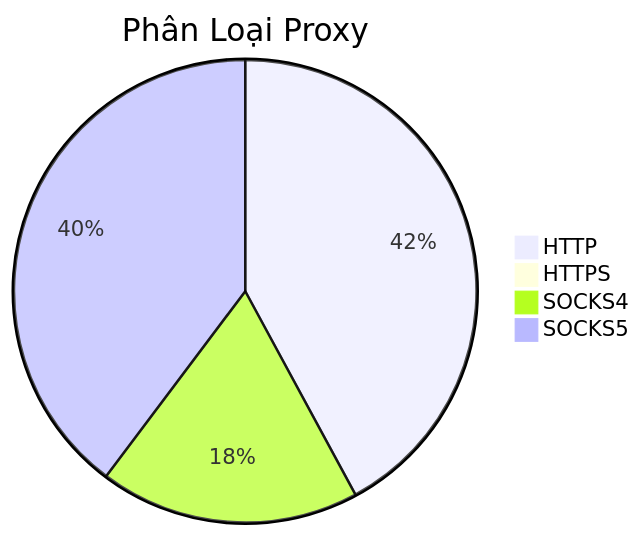
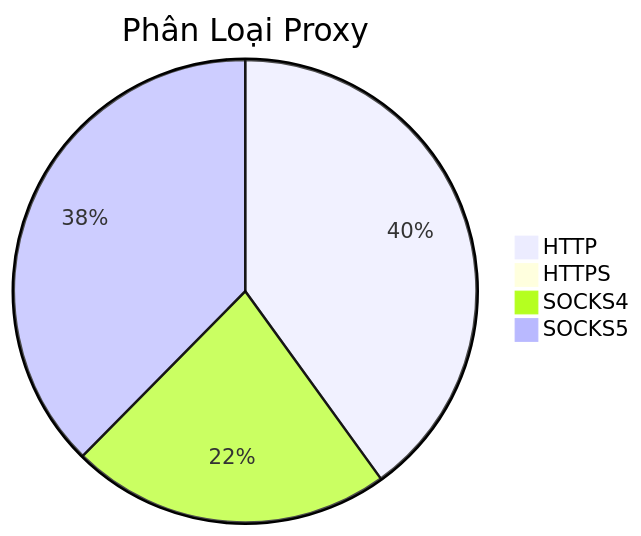
The diagram in README.md (Ciara-Aa/PROXY-free), drawn with Mermaid before and after one commit. The commit also changed other lines of this file and 4 other files, not shown here.

````diff
--- a/README.md
+++ b/README.md
@@ -26,7 +26,7 @@
 ```mermaid
 pie title Phân Loại Proxy
-    "HTTP" : 554
-    "HTTPS" : 0
-    "SOCKS4" : 239
-    "SOCKS5" : 523
+    "HTTP" : 478
+    "HTTPS" : 1
+    "SOCKS4" : 267
+    "SOCKS5" : 449
 ```
````
